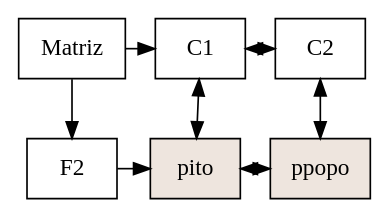
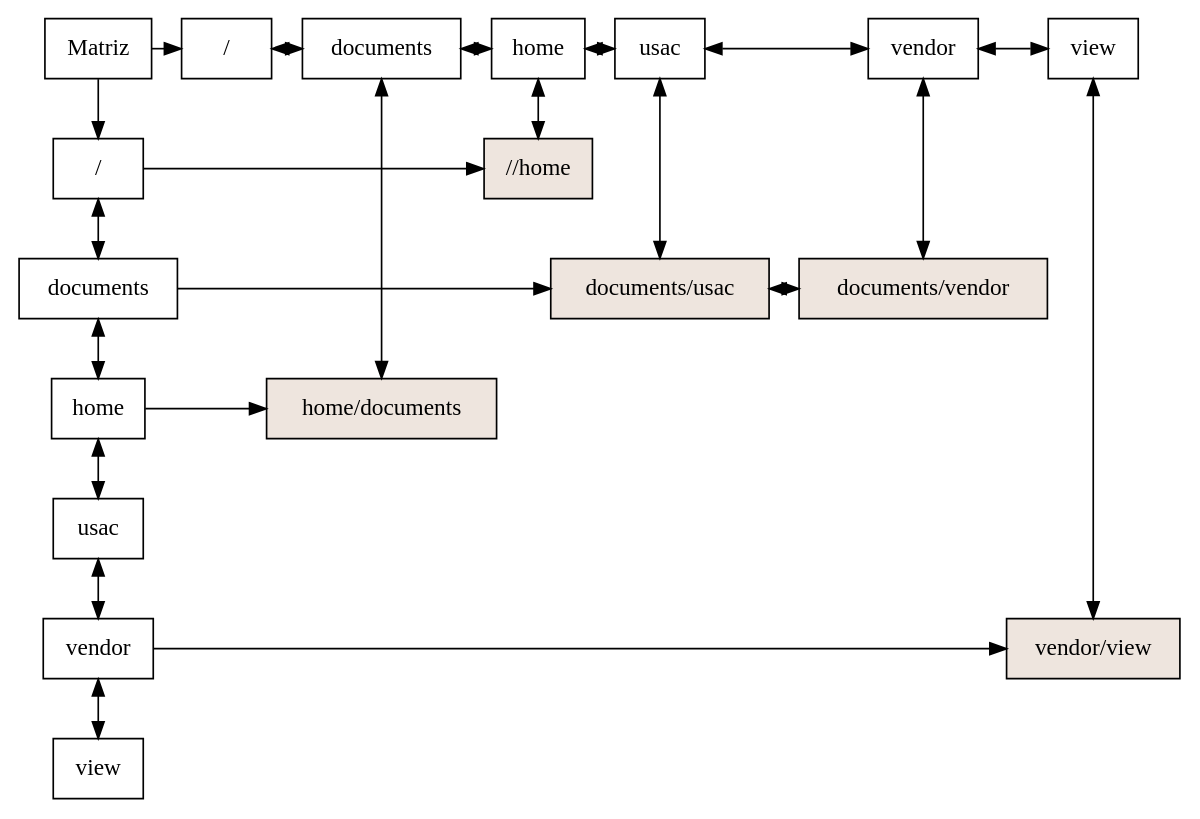
The diagram in Proyecto2/Matriz.dot (Eduardo01004/EDD_2S2019_PY2_201612124), drawn with Graphviz before and after one commit. The commit also changed 8 other files, not shown here.

```diff
--- a/Proyecto2/Matriz.dot
+++ b/Proyecto2/Matriz.dot
@@ -1,24 +1,64 @@
 digraph G{
 node [shape = box]
 raiz[label="Matriz"  group=1];
-885951223 [label="F2" group = 1];
-1121172875 [label="C1" group = 1];
-60830820 [label="C2" group = 2];
-1121172875->60830820[dir=both];
-raiz ->885951223
-raiz ->1121172875
+1556595366 [label="/" group = 1];
+710714889 [label="documents" group = 1];
+551734240 [label="home" group = 1];
+1757293506 [label="usac" group = 1];
+687780858 [label="vendor" group = 1];
+1734161410 [label="view" group = 1];
+1556595366->710714889[dir=both];
+710714889->551734240[dir=both];
+551734240->1757293506[dir=both];
+1757293506->687780858[dir=both];
+687780858->1734161410[dir=both];
+670035812 [label="/" group = 49];
+333362446 [label="documents" group = 980];
+597255128 [label="home" group = 427];
+985397764 [label="usac" group = 430];
+1476394199 [label="vendor" group = 656];
+837764579 [label="view" group = 445];
+670035812->333362446[dir=both];
+333362446->597255128[dir=both];
+597255128->985397764[dir=both];
+985397764->1476394199[dir=both];
+1476394199->837764579[dir=both];
+raiz ->1556595366
+raiz ->670035812
 { rank  = same; raiz 
-1121172875;
-60830820;
+670035812;
+333362446;
+597255128;
+985397764;
+1476394199;
+837764579;
 }
-1358444045 [style=filled,fillcolor=seashell2,label= "pito" group = 3 ];
-1725097945 [style=filled,fillcolor=seashell2,label= "ppopo" group = 4 ];
-885951223->1358444045
-1358444045->1725097945[dir=both];
-{ rank = same; 885951223;
-1358444045;
-1725097945;
+1694556038 [style=filled,fillcolor=seashell2,label= "home/documents" group = 980 ];
+1344645519 [style=filled,fillcolor=seashell2,label= "//home" group = 427 ];
+1234776885 [style=filled,fillcolor=seashell2,label= "documents/usac" group = 430 ];
+540159270 [style=filled,fillcolor=seashell2,label= "documents/vendor" group = 656 ];
+422250493 [style=filled,fillcolor=seashell2,label= "vendor/view" group = 445 ];
+1556595366->1344645519
+{ rank = same; 1556595366;
+1344645519;
 }
-1121172875->1358444045[dir=both];
-60830820->1725097945[dir=both];
+710714889->1234776885
+1234776885->540159270[dir=both];
+{ rank = same; 710714889;
+1234776885;
+540159270;
 }
+551734240->1694556038
+{ rank = same; 551734240;
+1694556038;
+}
+687780858->422250493
+{ rank = same; 687780858;
+422250493;
+}
+333362446->1694556038[dir=both];
+597255128->1344645519[dir=both];
+985397764->1234776885[dir=both];
+1476394199->540159270[dir=both];
+837764579->422250493[dir=both];
+}
```
